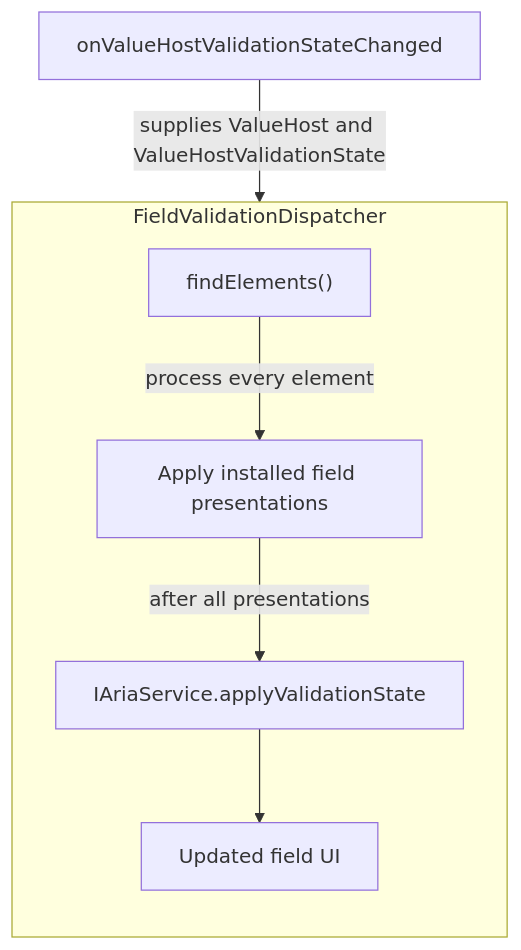
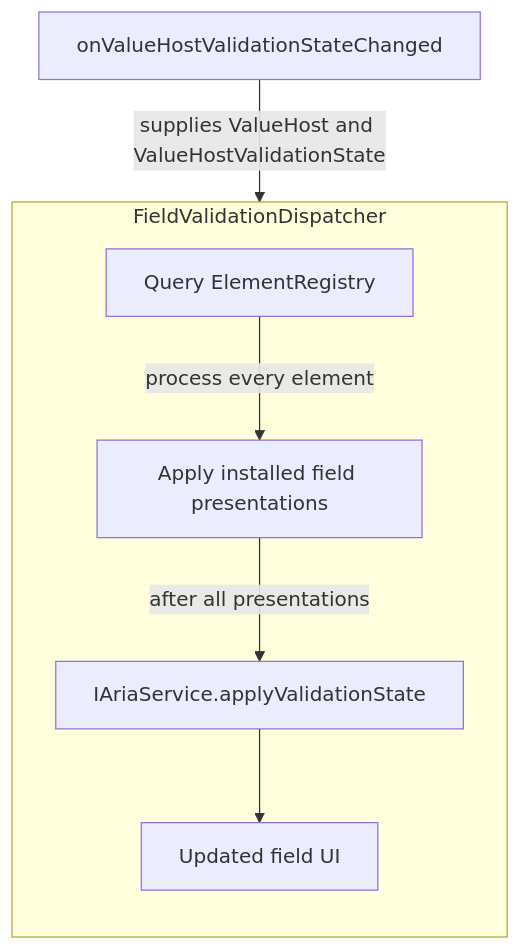
The fifth of 9 diagrams in planning/Jivs-DOM_Implementation_Design.md (plblum/jivs), drawn with Mermaid before and after one commit. The commit also changed other lines of this file and 1 other file, not shown here.

````diff
--- a/planning/Jivs-DOM_Implementation_Design.md
+++ b/planning/Jivs-DOM_Implementation_Design.md
@@ -185,21 +185,21 @@
 ```mermaid
 flowchart TB
     CALLBACK["onValueHostValidationStateChanged"]
 
     subgraph DISPATCHER["FieldValidationDispatcher"]
         direction TB
 
-        FIND["findElements()"]
+        FIND["Query ElementRegistry"]
         APPLY["Apply installed field presentations"]
         ARIA["IAriaService.applyValidationState"]
         FIELD_UI["Updated field UI"]
 
         FIND -->|"process every element"| APPLY
         APPLY -->|"after all presentations"| ARIA
         ARIA --> FIELD_UI
     end
 
 
     CALLBACK -->|"supplies ValueHost and ValueHostValidationState"| DISPATCHER
 
 ```
````
